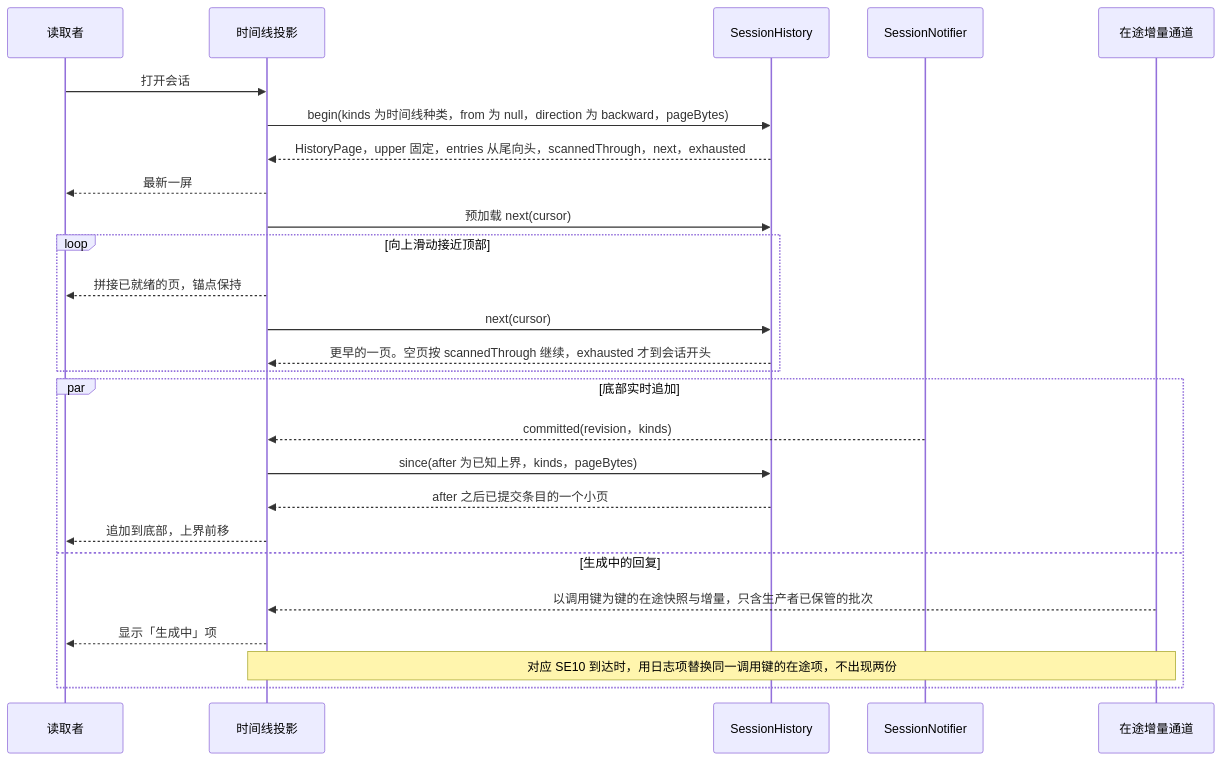
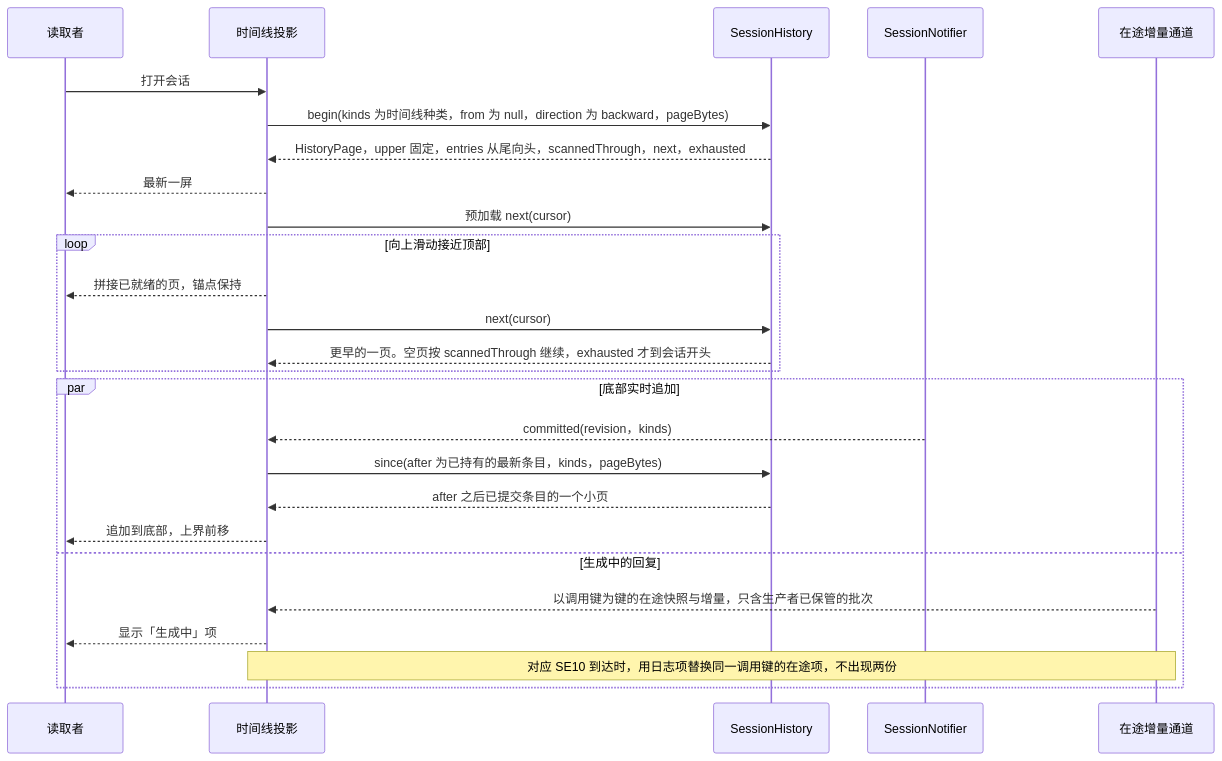
Diagram 12 of 17 in packages/session/session-contract/docs/flows/scenarios.md (nemori-ai/omne-harness-lite), drawn with Mermaid before and after one commit. The commit also changed other lines of this file and 17 other files, not shown here.

````diff
--- a/packages/session/session-contract/docs/flows/scenarios.md
+++ b/packages/session/session-contract/docs/flows/scenarios.md
@@ -569,28 +569,28 @@
 ```mermaid
 sequenceDiagram
     participant U as 读取者
     participant V as 时间线投影
     participant H as SessionHistory
     participant N as SessionNotifier
     participant L as 在途增量通道
     U->>V: 打开会话
     V->>H: begin(kinds 为时间线种类，from 为 null，direction 为 backward，pageBytes)
     H-->>V: HistoryPage，upper 固定，entries 从尾向头，scannedThrough，next，exhausted
     V-->>U: 最新一屏
     V->>H: 预加载 next(cursor)
     loop 向上滑动接近顶部
         V-->>U: 拼接已就绪的页，锚点保持
         V->>H: next(cursor)
         H-->>V: 更早的一页。空页按 scannedThrough 继续，exhausted 才到会话开头
     end
     par 底部实时追加
         N-->>V: committed(revision，kinds)
-        V->>H: since(after 为已知上界，kinds，pageBytes)
+        V->>H: since(after 为已持有的最新条目，kinds，pageBytes)
         H-->>V: after 之后已提交条目的一个小页
         V-->>U: 追加到底部，上界前移
     and 生成中的回复
         L-->>V: 以调用键为键的在途快照与增量，只含生产者已保管的批次
         V-->>U: 显示「生成中」项
         Note over V,L: 对应 SE10 到达时，用日志项替换同一调用键的在途项，不出现两份
     end
 ```
````
